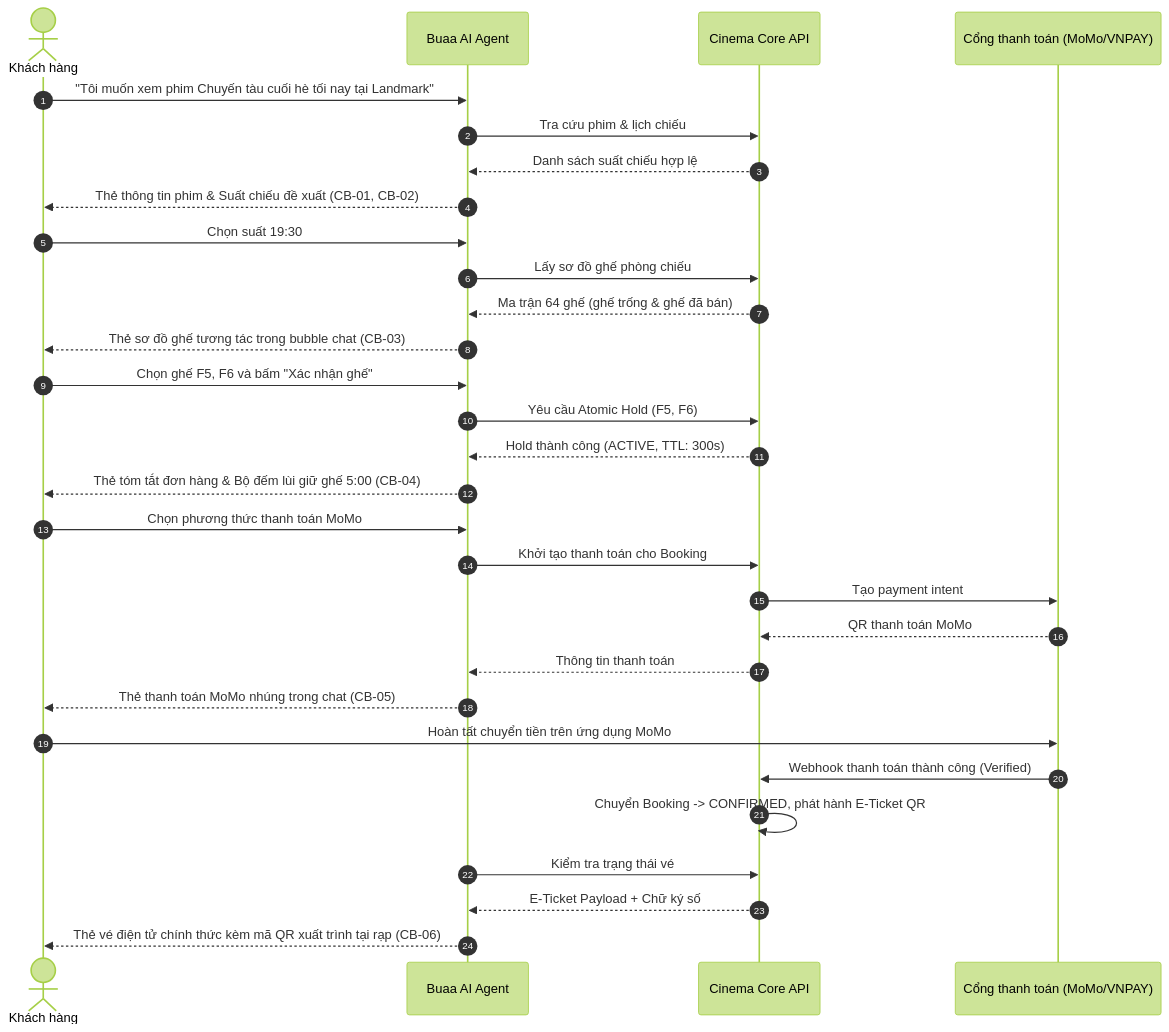
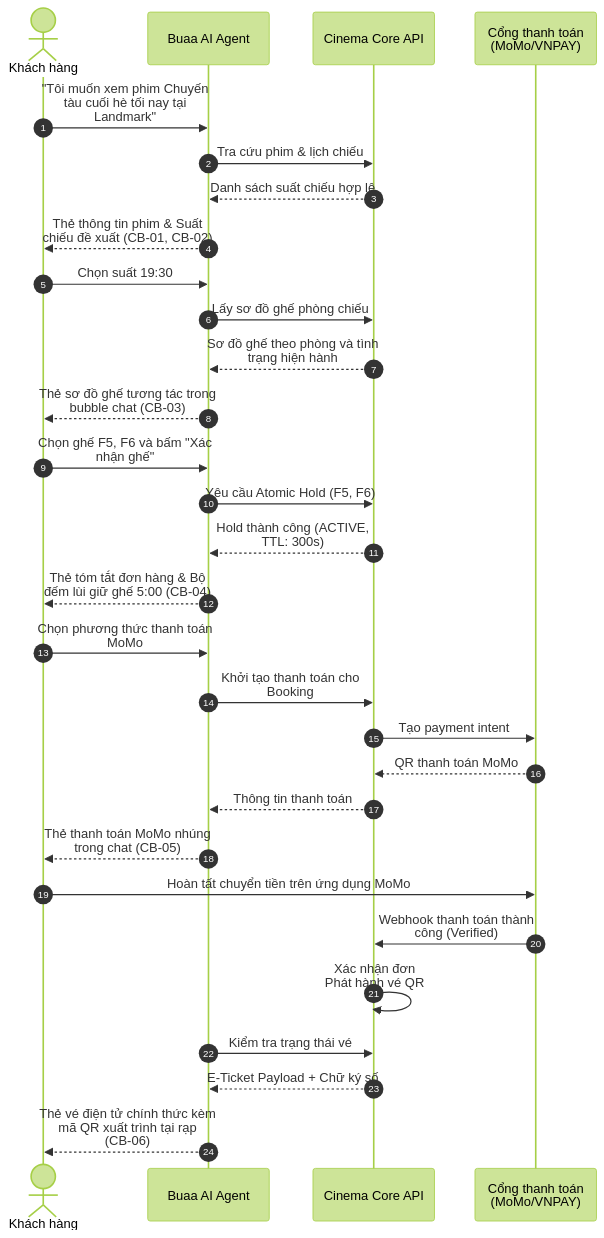
The diagram in docs/05-specs/conversational-booking.md (NhiBuaa/movie-booking-agent), drawn with Mermaid (forest theme) before and after one commit. The commit also changed other lines of this file and 28 other files, not shown here.

````diff
--- a/docs/05-specs/conversational-booking.md
+++ b/docs/05-specs/conversational-booking.md
@@ -24,37 +37,38 @@
 ```mermaid
+%%{init: {"sequence":{"useMaxWidth":false,"wrap":true}}}%%
 sequenceDiagram
     autonumber
     actor User as Khách hàng
     participant Agent as Buaa AI Agent
     participant Core as Cinema Core API
     participant Pay as Cổng thanh toán (MoMo/VNPAY)
 
     User->>Agent: "Tôi muốn xem phim Chuyến tàu cuối hè tối nay tại Landmark"
     Agent->>Core: Tra cứu phim & lịch chiếu
     Core-->>Agent: Danh sách suất chiếu hợp lệ
     Agent-->>User: Thẻ thông tin phim & Suất chiếu đề xuất (CB-01, CB-02)
 
     User->>Agent: Chọn suất 19:30
     Agent->>Core: Lấy sơ đồ ghế phòng chiếu
-    Core-->>Agent: Ma trận 64 ghế (ghế trống & ghế đã bán)
+    Core-->>Agent: Sơ đồ ghế theo phòng và tình trạng hiện hành
     Agent-->>User: Thẻ sơ đồ ghế tương tác trong bubble chat (CB-03)
 
     User->>Agent: Chọn ghế F5, F6 và bấm "Xác nhận ghế"
     Agent->>Core: Yêu cầu Atomic Hold (F5, F6)
     Core-->>Agent: Hold thành công (ACTIVE, TTL: 300s)
     Agent-->>User: Thẻ tóm tắt đơn hàng & Bộ đếm lùi giữ ghế 5:00 (CB-04)
 
     User->>Agent: Chọn phương thức thanh toán MoMo
     Agent->>Core: Khởi tạo thanh toán cho Booking
     Core->>Pay: Tạo payment intent
     Pay-->>Core: QR thanh toán MoMo
     Core-->>Agent: Thông tin thanh toán
     Agent-->>User: Thẻ thanh toán MoMo nhúng trong chat (CB-05)
 
     User->>Pay: Hoàn tất chuyển tiền trên ứng dụng MoMo
     Pay->>Core: Webhook thanh toán thành công (Verified)
-    Core->>Core: Chuyển Booking -> CONFIRMED, phát hành E-Ticket QR
+    Core->>Core: Xác nhận đơn<br/>Phát hành vé QR
     Agent->>Core: Kiểm tra trạng thái vé
     Core-->>Agent: E-Ticket Payload + Chữ ký số
     Agent-->>User: Thẻ vé điện tử chính thức kèm mã QR xuất trình tại rạp (CB-06)
 ```
````
